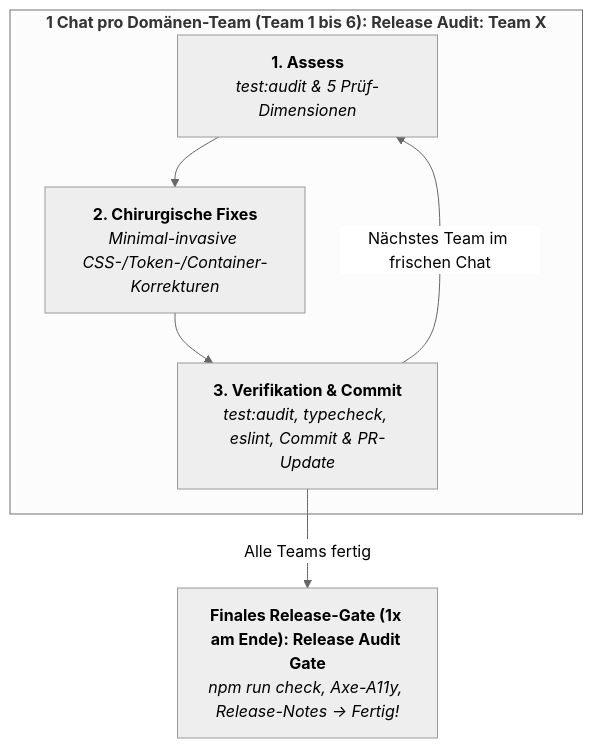
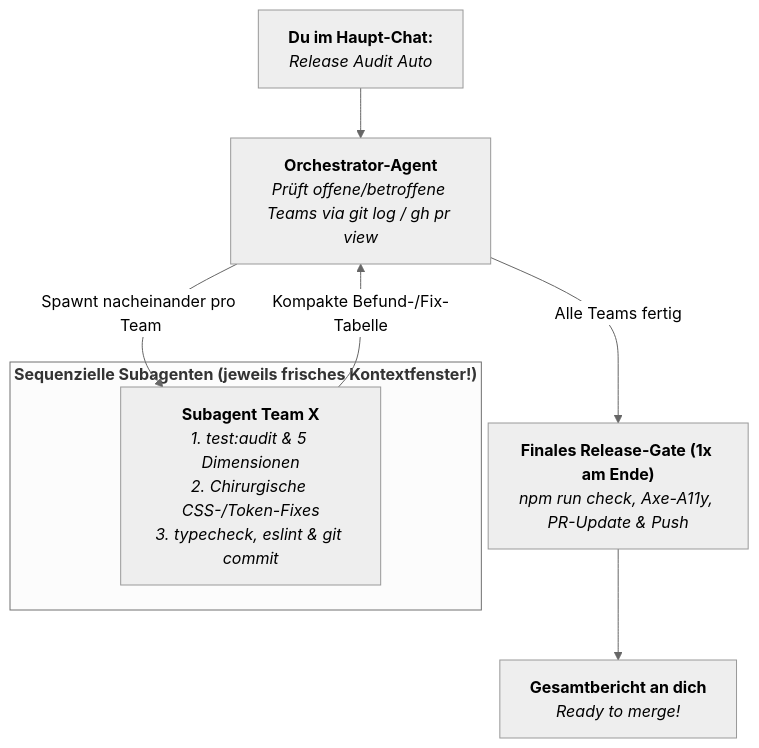
The first of 2 diagrams in docs/UI_AUDIT_GUIDE.md (dmstern/reisotor), drawn with Mermaid (neutral theme) before and after one commit. The commit also changed other lines of this file and 1 other file, not shown here.

Commit message:
docs(audit): switch release audit standard to sequential subagent orchestrator

````diff
--- a/docs/UI_AUDIT_GUIDE.md
+++ b/docs/UI_AUDIT_GUIDE.md
@@ -141,10 +141,11 @@
 ```mermaid
 flowchart TD
-    subgraph ProTeam["<b>1 Chat pro Domänen-Team (Team 1 bis 6): Release Audit: Team X</b>"]
-        S1["<b>1. Assess</b><br/><i>test:audit & 5 Prüf-Dimensionen</i>"]
-        S1 --> S2["<b>2. Chirurgische Fixes</b><br/><i>Minimal-invasive CSS-/Token-/Container-Korrekturen</i>"]
-        S2 --> S3["<b>3. Verifikation & Commit</b><br/><i>test:audit, typecheck, eslint, Commit & PR-Update</i>"]
+    Start["<b>Du im Haupt-Chat:</b><br/><i>Release Audit Auto</i>"] --> Orch["<b>Orchestrator-Agent</b><br/><i>Prüft offene/betroffene Teams via git log / gh pr view</i>"]
+    subgraph Subagents["<b>Sequenzielle Subagenten (jeweils frisches Kontextfenster!)</b>"]
+        T1["<b>Subagent Team X</b><br/><i>1. test:audit & 5 Dimensionen<br/>2. Chirurgische CSS-/Token-Fixes<br/>3. typecheck, eslint & git commit</i>"]
     end
-    S3 -->|Nächstes Team im frischen Chat| S1
-    S3 -->|Alle Teams fertig| G["<b>Finales Release-Gate (1x am Ende): Release Audit Gate</b><br/><i>npm run check, Axe-A11y, Release-Notes -> Fertig!</i>"]
+    Orch -->|Spawnt nacheinander pro Team| T1
+    T1 -->|Kompakte Befund-/Fix-Tabelle| Orch
+    Orch -->|Alle Teams fertig| Gate["<b>Finales Release-Gate (1x am Ende)</b><br/><i>npm run check, Axe-A11y, PR-Update & Push</i>"]
+    Gate --> Done["<b>Gesamtbericht an dich</b><br/><i>Ready to merge!</i>"]
 ```
````
